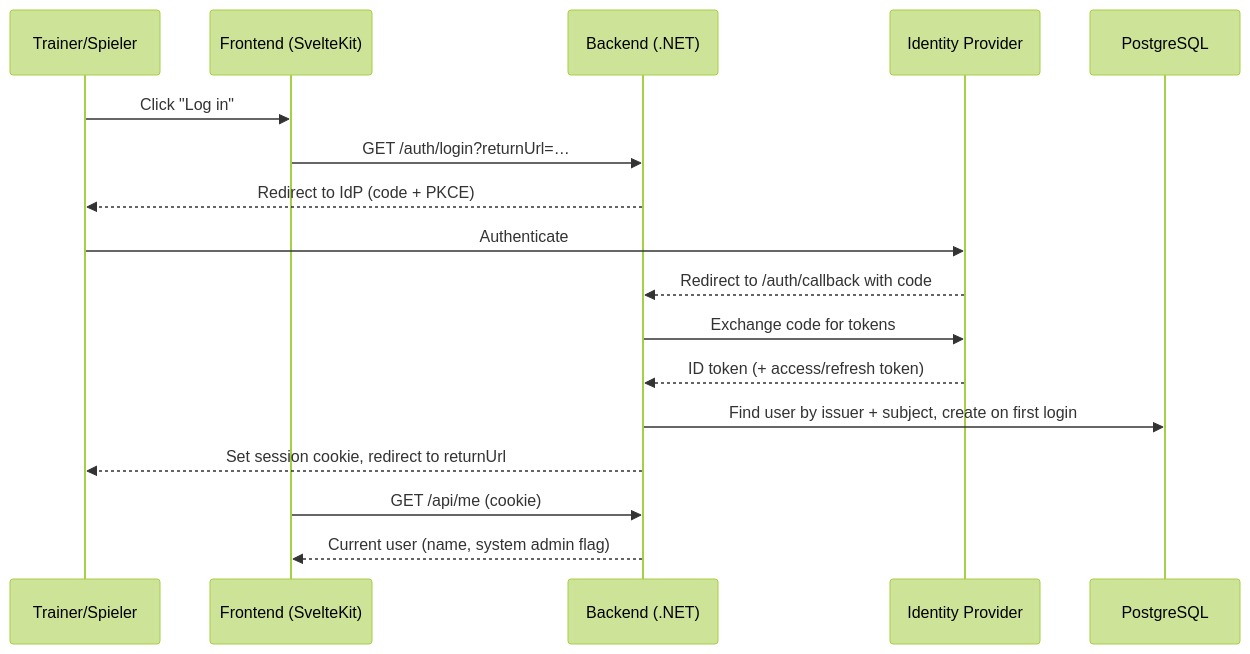
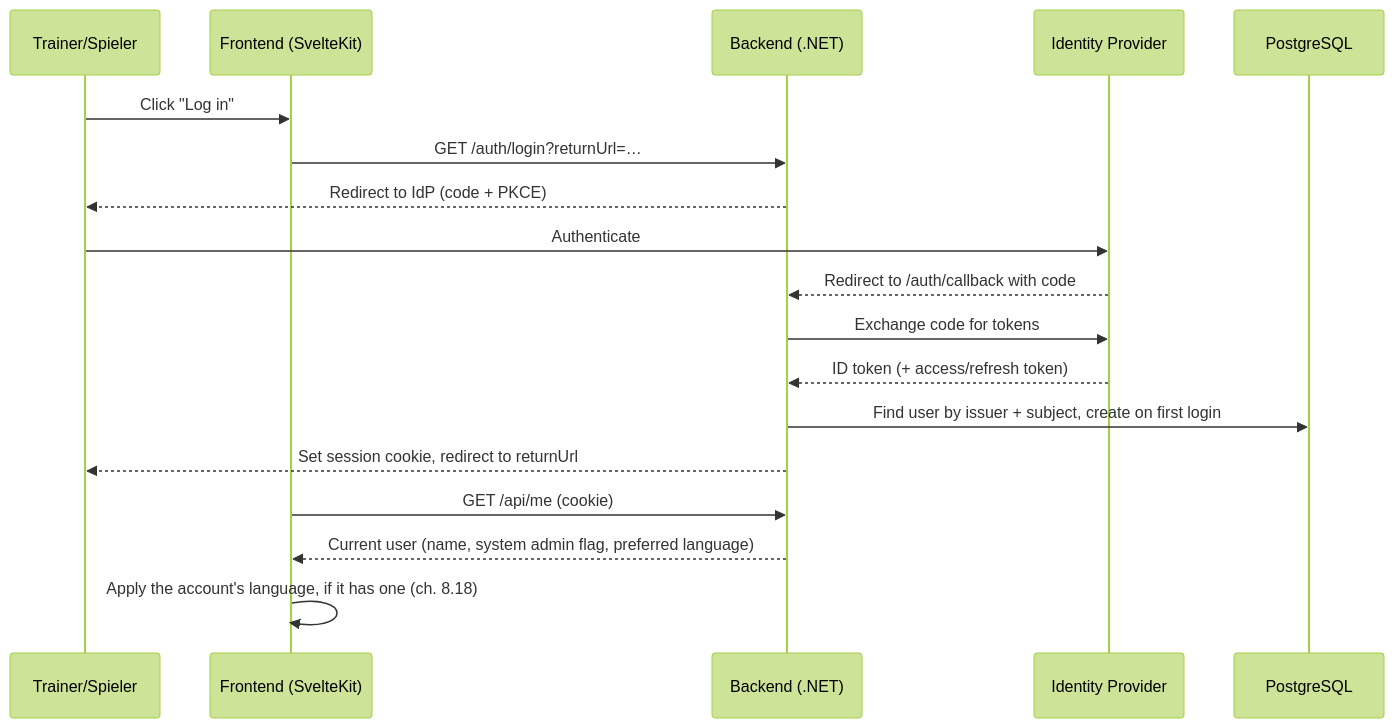
Before and after one commit to SvBrunner/TacticalBoard: the first of 4 diagrams in docs/arc42/06_runtime_view.md, drawn with Mermaid (forest theme). The commit also changed other lines of this file and 158 other files, not shown here.

````diff
--- a/docs/arc42/06_runtime_view.md
+++ b/docs/arc42/06_runtime_view.md
@@ -9,20 +9,21 @@
 ```mermaid
 sequenceDiagram
     participant U as Trainer/Spieler
     participant F as Frontend (SvelteKit)
     participant B as Backend (.NET)
     participant I as Identity Provider
     participant DB as PostgreSQL
 
     U->>F: Click "Log in"
     F->>B: GET /auth/login?returnUrl=…
     B-->>U: Redirect to IdP (code + PKCE)
     U->>I: Authenticate
     I-->>B: Redirect to /auth/callback with code
     B->>I: Exchange code for tokens
     I-->>B: ID token (+ access/refresh token)
     B->>DB: Find user by issuer + subject, create on first login
     B-->>U: Set session cookie, redirect to returnUrl
     F->>B: GET /api/me (cookie)
-    B-->>F: Current user (name, system admin flag)
+    B-->>F: Current user (name, system admin flag, preferred language)
+    F->>F: Apply the account's language, if it has one (ch. 8.18)
 ```
````
